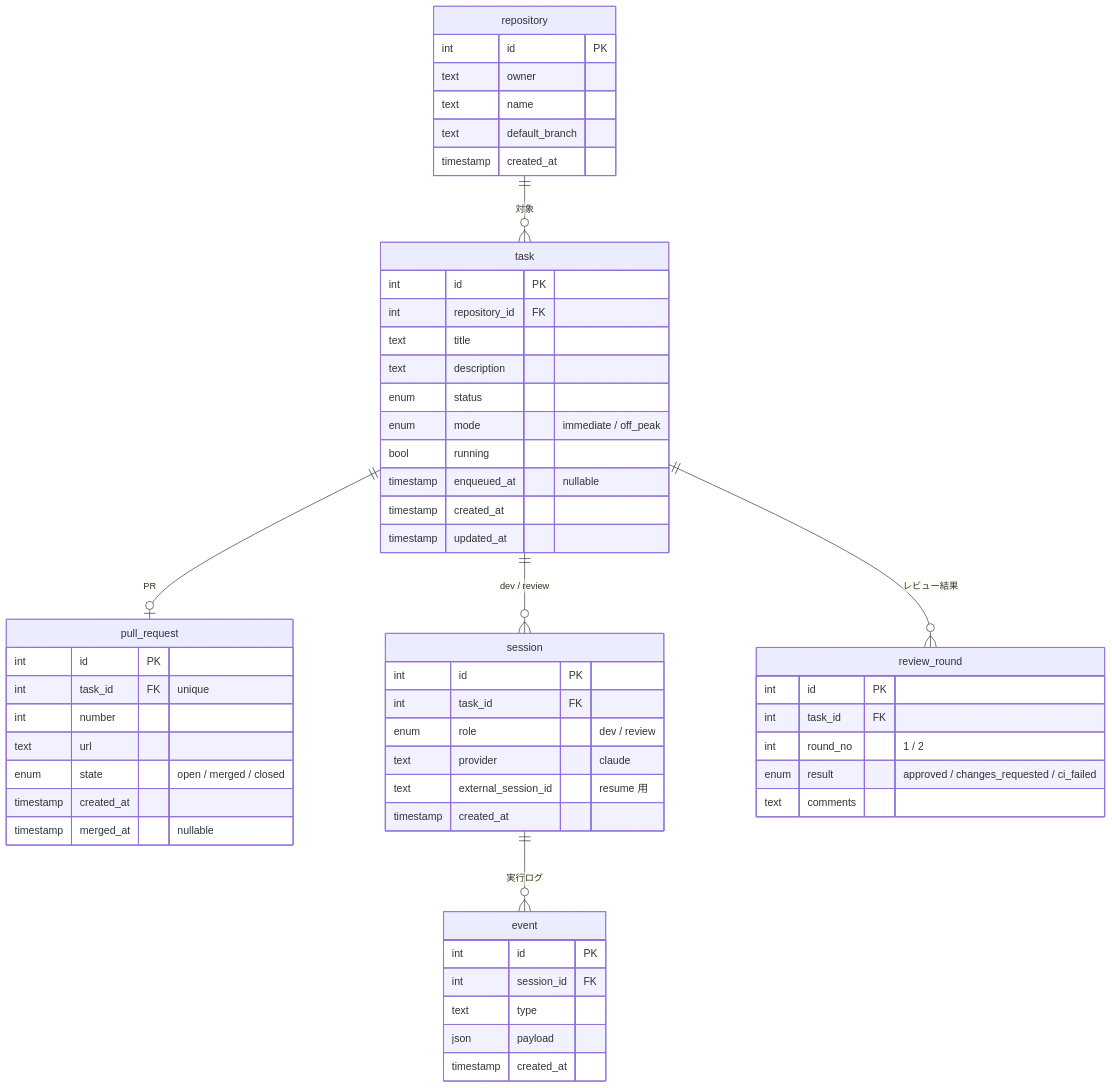
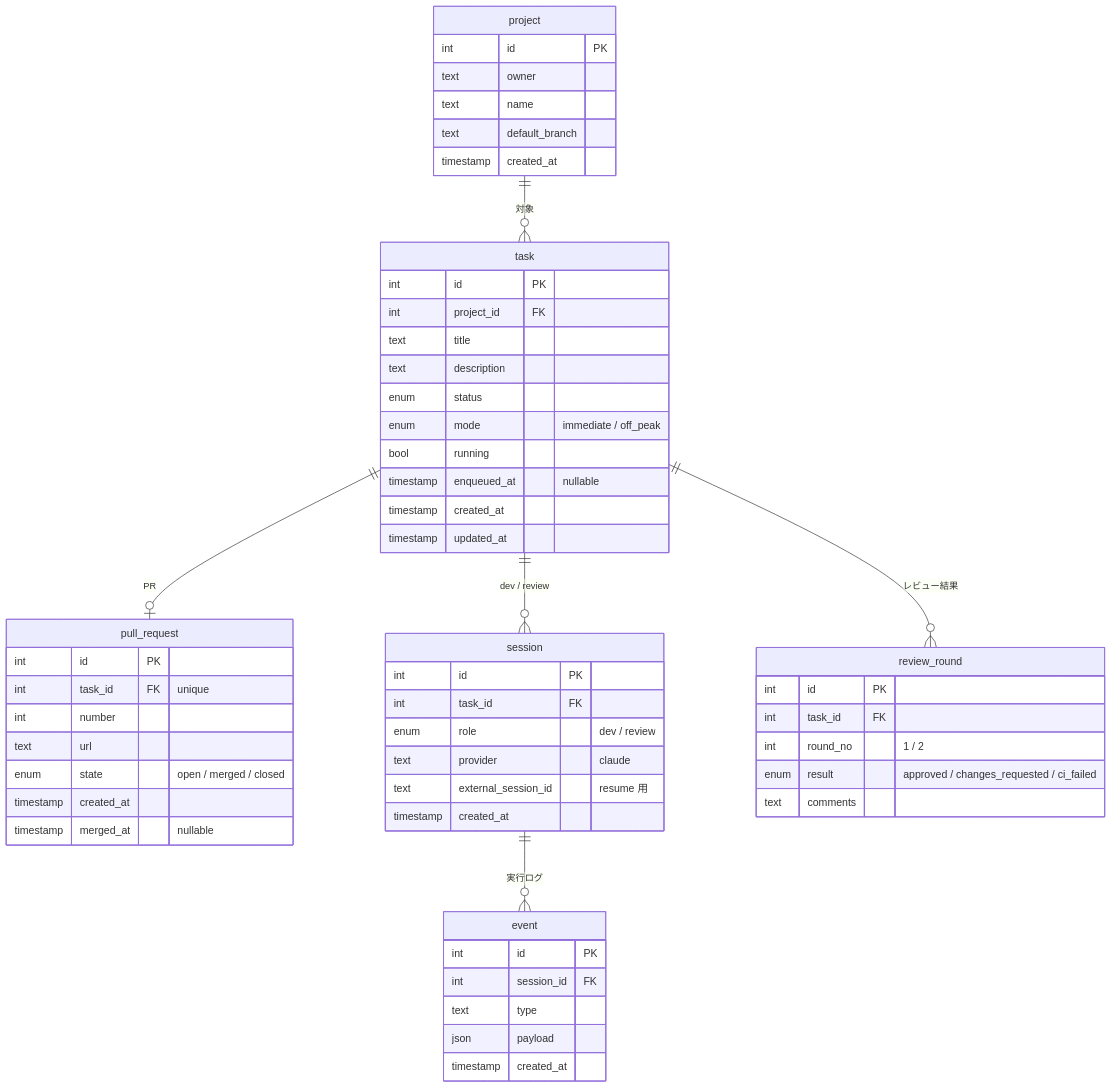
One commit to Satoru314/Kobo-13900K changed the diagram in docs/design.md. Above: the diagram before and after it, drawn with Mermaid. The commit also changed other lines of this file, not shown here.

Commit message:
Design: rename repository table to project; full file layout

````diff
--- a/docs/design.md
+++ b/docs/design.md
@@ -156,59 +156,59 @@
 ```mermaid
 erDiagram
-  repository ||--o{ task : "対象"
+  project ||--o{ task : "対象"
   task ||--o| pull_request : "PR"
   task ||--o{ session : "dev / review"
   task ||--o{ review_round : "レビュー結果"
   session ||--o{ event : "実行ログ"
 
-  repository {
+  project {
     int id PK
     text owner
     text name
     text default_branch
     timestamp created_at
   }
   task {
     int id PK
-    int repository_id FK
+    int project_id FK
     text title
     text description
     enum status
     enum mode "immediate / off_peak"
     bool running
     timestamp enqueued_at "nullable"
     timestamp created_at
     timestamp updated_at
   }
   pull_request {
     int id PK
     int task_id FK "unique"
     int number
     text url
     enum state "open / merged / closed"
     timestamp created_at
     timestamp merged_at "nullable"
   }
   session {
     int id PK
     int task_id FK
     enum role "dev / review"
     text provider "claude"
     text external_session_id "resume 用"
     timestamp created_at
   }
   review_round {
     int id PK
     int task_id FK
     int round_no "1 / 2"
     enum result "approved / changes_requested / ci_failed"
     text comments
   }
   event {
     int id PK
     int session_id FK
     text type
     json payload
     timestamp created_at
   }
 ```
````
